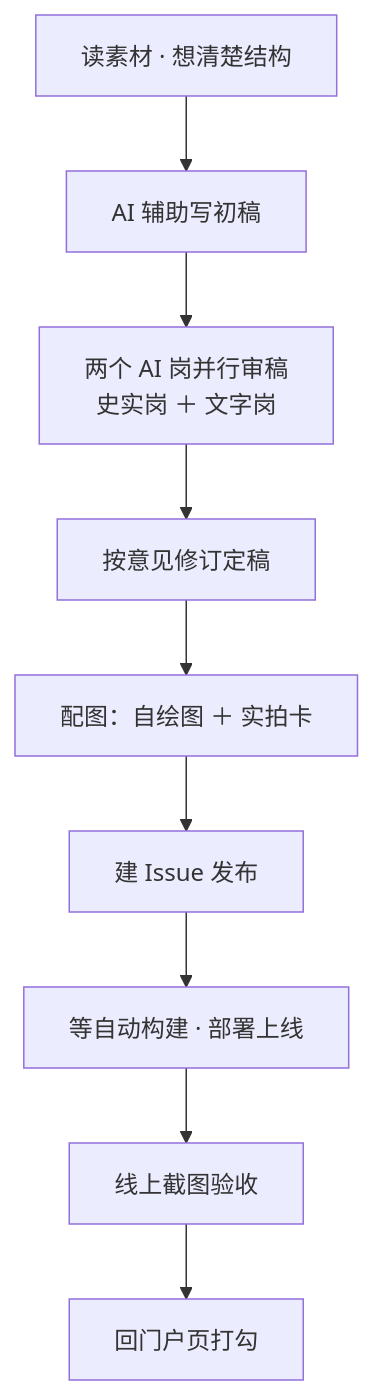
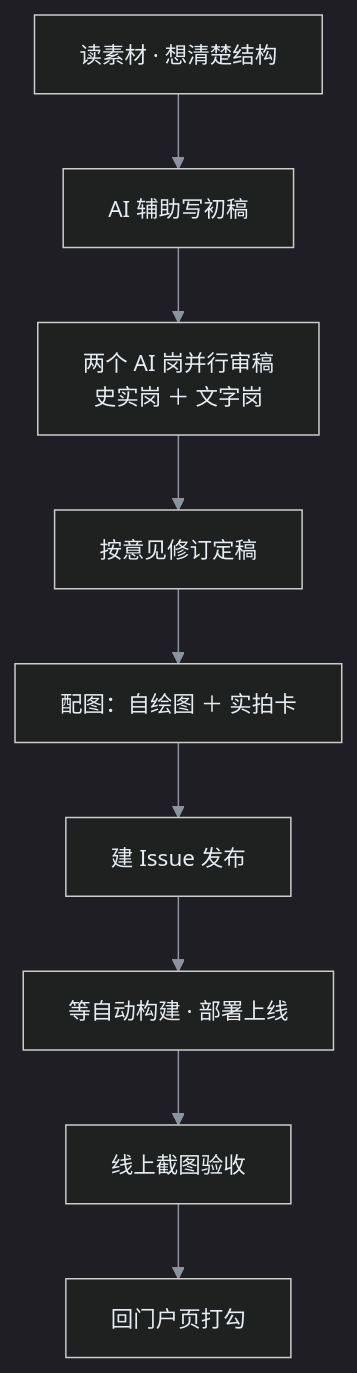
Before and after one commit to yeyangchen2009/draft-review: the first of 2 diagrams in drafts/2026年9月29日-博客流水线复盘.md, drawn with Mermaid. The commit also changed other lines of this file and 1 other file, not shown here.

````diff
--- a/drafts/2026年9月29日-博客流水线复盘.md
+++ b/drafts/2026年9月29日-博客流水线复盘.md
@@ -25,11 +25,12 @@
 ```mermaid
+%%{init: {'theme':'dark','themeVariables':{'background':'#0d1117','primaryColor':'#1f6feb','primaryTextColor':'#ffffff','primaryBorderColor':'#79c0ff','secondaryColor':'#21262d','tertiaryColor':'#30363d','lineColor':'#8b949e','textColor':'#e6edf3','clusterBkg':'#161b22','clusterBorder':'#58a6ff','edgeLabelBackground':'#21262d','fontSize':'15px'}}}%%
 flowchart TD
     A[读素材 · 想清楚结构] --> B[AI 辅助写初稿]
     B --> C[两个 AI 岗并行审稿<br/>史实岗 ＋ 文字岗]
     C --> D[按意见修订定稿]
     D --> E[配图：自绘图 ＋ 实拍卡]
     E --> F[建 Issue 发布]
     F --> G[等自动构建 · 部署上线]
     G --> H[线上截图验收]
     H --> I[回门户页打勾]
 ```
````
